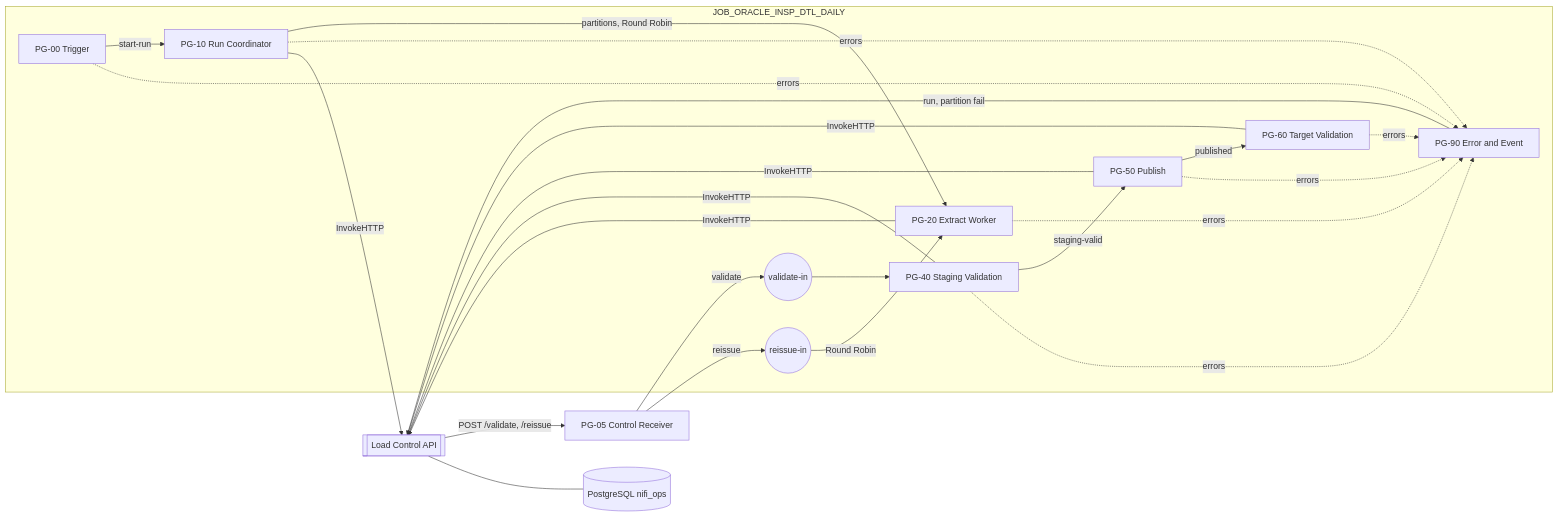
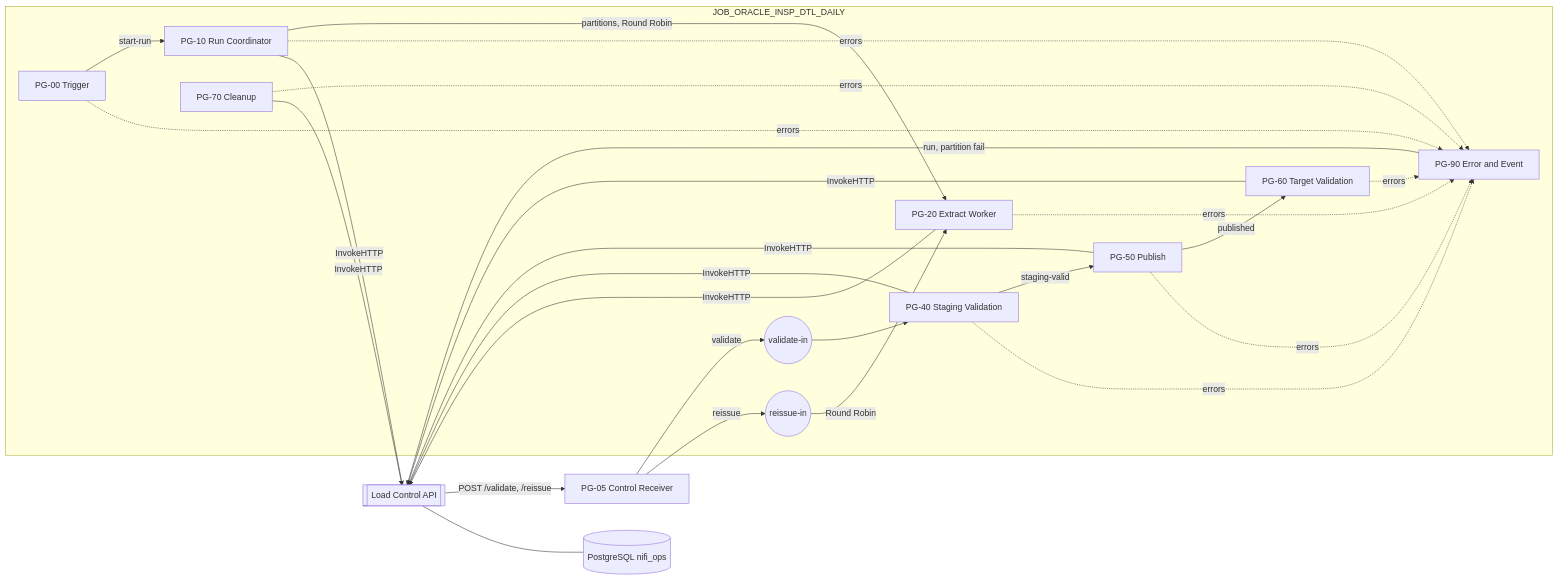
The third of 14 diagrams in nifi-sqoop-removal-guide.md (DataDynamics/nifi-sqoop-removal), drawn with Mermaid before and after one commit. The commit also changed other lines of this file and 18 other files, not shown here.

Commit message:
PG-70 Cleanup: 보존 기간이 지난 staging table·run 경로 정리와 API 정리 엔드포인트

````diff
--- a/nifi-sqoop-removal-guide.md
+++ b/nifi-sqoop-removal-guide.md
@@ -220,19 +221,20 @@
 ```mermaid
 flowchart LR
     API[[Load Control API]] -->|POST /validate, /reissue| R5[PG-05 Control Receiver]
     subgraph JOB[JOB_ORACLE_INSP_DTL_DAILY]
         T[PG-00 Trigger] -->|start-run| C[PG-10 Run Coordinator]
         C -->|partitions, Round Robin| W[PG-20 Extract Worker]
         VI((validate-in)) --> S[PG-40 Staging Validation]
         RI((reissue-in)) -->|Round Robin| W
         S -->|staging-valid| P[PG-50 Publish]
         P -->|published| V[PG-60 Target Validation]
+        CL[PG-70 Cleanup]
         E[PG-90 Error and Event]
     end
     R5 -->|validate| VI
     R5 -->|reissue| RI
-    T & C & W & S & P & V -.->|errors| E
-    C & W & S & P & V -->|InvokeHTTP| API
+    T & C & W & S & P & V & CL -.->|errors| E
+    C & W & S & P & V & CL -->|InvokeHTTP| API
     E -->|run, partition fail| API
     API --- M[(PostgreSQL nifi_ops)]
 ```
````
